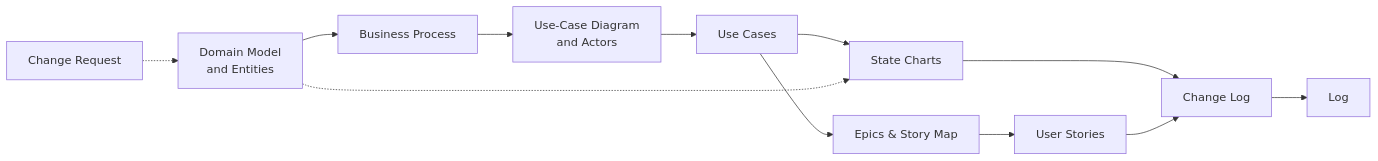
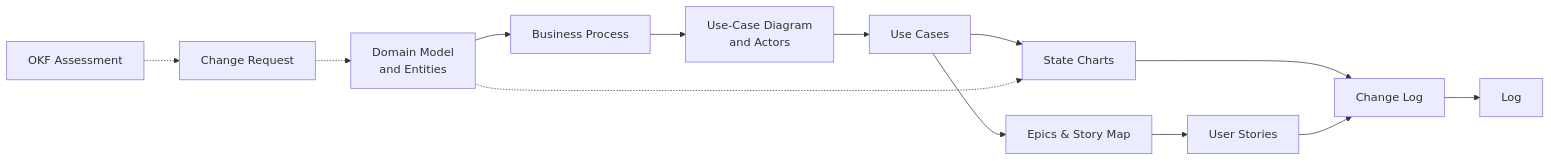
One commit to marcelRonner/jarvis changed the diagram in content/_index.md. Above: the diagram before and after it, drawn with Mermaid. The commit also changed other lines of this file and 32 other files, not shown here.

First line of the commit message:
CR-1.5: file every OKF assessment in Sources, and list each run in the log

````diff
--- a/content/_index.md
+++ b/content/_index.md
@@ -61,14 +68,15 @@
 ```mermaid
 flowchart LR
+    oa["OKF Assessment"] -.-> cr
     cr["Change Request"] -.-> dm
     dm["Domain Model<br/>and Entities"] --> bp["Business Process"]
     bp --> ucd["Use-Case Diagram<br/>and Actors"]
     ucd --> uc["Use Cases"]
     uc --> sc["State Charts"]
     uc --> ep["Epics & Story Map"]
     ep --> us["User Stories"]
     dm -.-> sc
     sc --> cl["Change Log"]
     us --> cl
     cl --> log["Log"]
 ```
````
